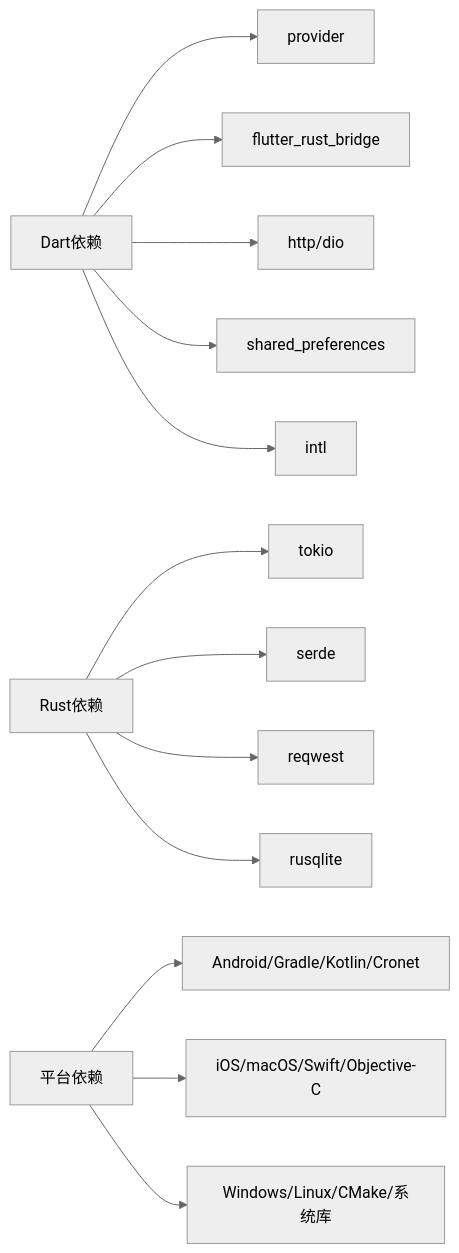
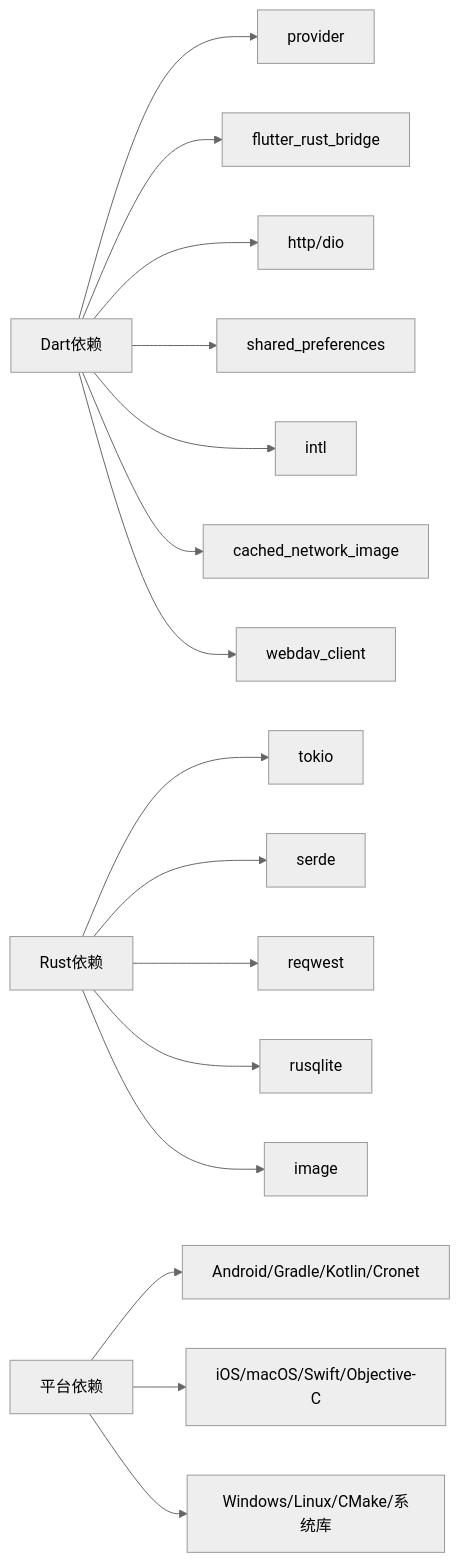
One commit to ZhangGHGitHub/LegadoTeamFlutter changed the ninth of 9 diagrams in .qoder/repowiki/zh/content/Flutter跨平台应用/Flutter跨平台应用.md. Above: the diagram before and after it, drawn with Mermaid (neutral theme). The commit also changed other lines of this file and 66 other files, not shown here.

````diff
--- a/.qoder/repowiki/zh/content/Flutter跨平台应用/Flutter跨平台应用.md
+++ b/.qoder/repowiki/zh/content/Flutter跨平台应用/Flutter跨平台应用.md
@@ -434,15 +518,18 @@
 ```mermaid
 graph LR
 Dart["Dart依赖"] --> Provider["provider"]
 Dart --> FRB["flutter_rust_bridge"]
 Dart --> Http["http/dio"]
 Dart --> Pref["shared_preferences"]
 Dart --> Intl["intl"]
+Dart --> Image["cached_network_image"]
+Dart --> WebDav["webdav_client"]
 Rust["Rust依赖"] --> Tokio["tokio"]
 Rust --> Serde["serde"]
 Rust --> Reqwest["reqwest"]
 Rust --> Sqlite["rusqlite"]
+Rust --> ImageLib["image"]
 Platform["平台依赖"] --> Android["Android/Gradle/Kotlin/Cronet"]
 Platform --> IOS["iOS/macOS/Swift/Objective-C"]
 Platform --> WinLin["Windows/Linux/CMake/系统库"]
 ```
````
